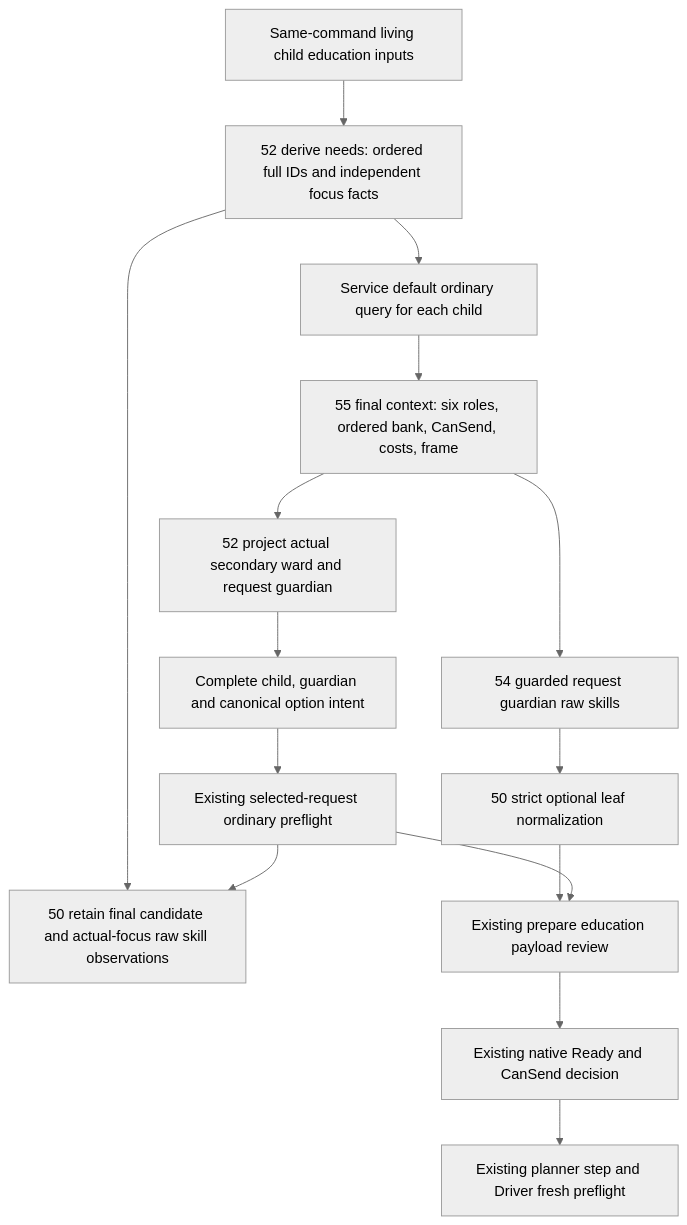
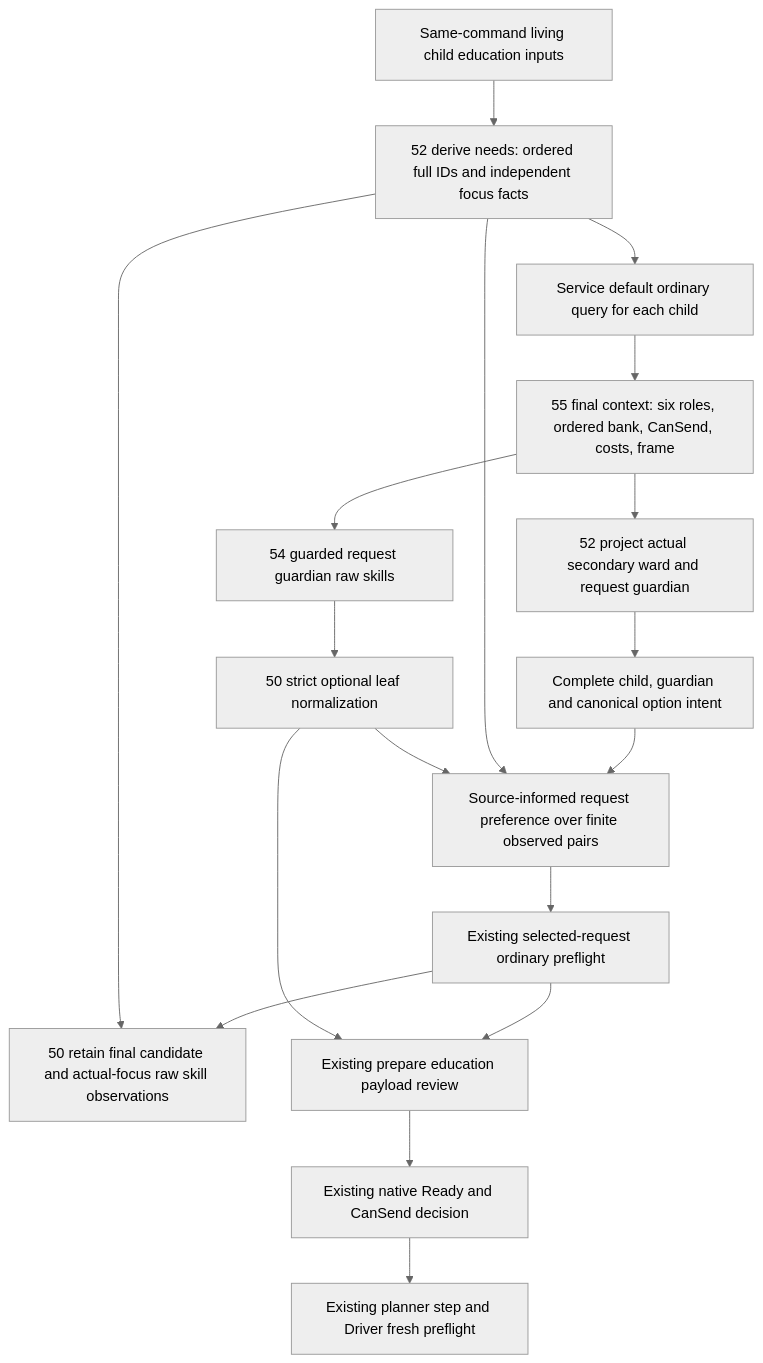
One commit to XenoAmess/ck3_eternal_recurrence changed the diagram in docs/ck3-native-ai/ordinary-family-education-request-planner-12004.md. Above: the diagram before and after it, drawn with Mermaid (neutral theme). The commit also changed other lines of this file and 6 other files, not shown here.

Commit message:
Rank observed family education requests by source skill preference [skip ci]

````diff
--- a/docs/ck3-native-ai/ordinary-family-education-request-planner-12004.md
+++ b/docs/ck3-native-ai/ordinary-family-education-request-planner-12004.md
@@ -7,17 +7,20 @@
 ```mermaid
 flowchart TD
     A[Same-command living child education inputs] --> B[52 derive needs: ordered full IDs and independent focus facts]
     B --> C[Service default ordinary query for each child]
     C --> D[55 final context: six roles, ordered bank, CanSend, costs, frame]
     D --> E[52 project actual secondary ward and request guardian]
     D --> F[54 guarded request guardian raw skills]
     F --> G[50 strict optional leaf normalization]
     E --> H[Complete child, guardian and canonical option intent]
-    H --> I[Existing selected-request ordinary preflight]
+    H --> P[Source-informed request preference over finite observed pairs]
+    B --> P
+    G --> P
+    P --> I[Existing selected-request ordinary preflight]
     I --> J[50 retain final candidate and actual-focus raw skill observations]
     B --> J
     I --> K[Existing prepare education payload review]
     K --> L[Existing native Ready and CanSend decision]
     L --> M[Existing planner step and Driver fresh preflight]
     G --> K
 ```
````
